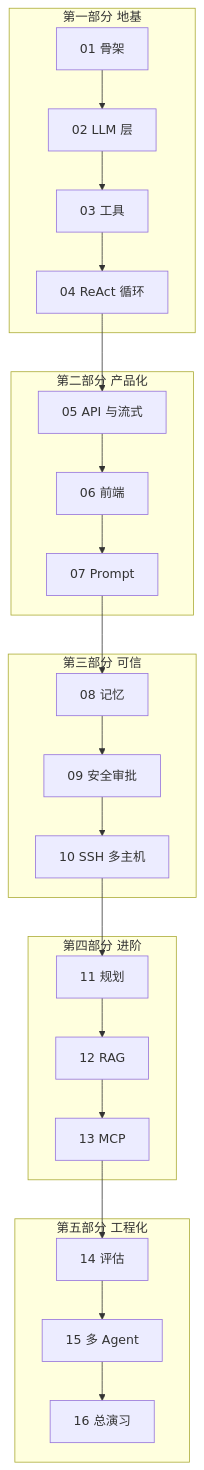
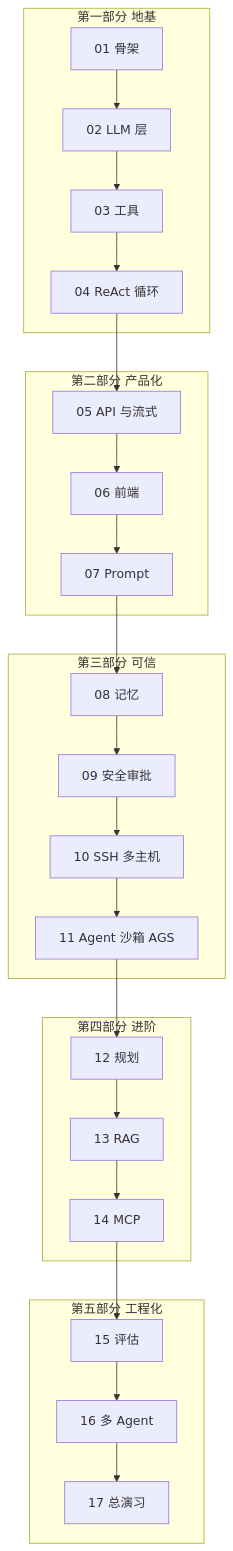
The diagram in docs/SYLLABUS.md (evaevable/server-agent), drawn with Mermaid before and after one commit. The commit also changed other lines of this file and 2 other files, not shown here.

First line of the commit message:
大纲新增第 11 章：Agent 沙箱（腾讯云 AGS）

````diff
--- a/docs/SYLLABUS.md
+++ b/docs/SYLLABUS.md
@@ -25,22 +25,22 @@
 ```mermaid
 flowchart TB
     subgraph P1["第一部分 地基"]
         C1["01 骨架"] --> C2["02 LLM 层"] --> C3["03 工具"] --> C4["04 ReAct 循环"]
     end
     subgraph P2["第二部分 产品化"]
         C5["05 API 与流式"] --> C6["06 前端"] --> C7["07 Prompt"]
     end
     subgraph P3["第三部分 可信"]
-        C8["08 记忆"] --> C9["09 安全审批"] --> C10["10 SSH 多主机"]
+        C8["08 记忆"] --> C9["09 安全审批"] --> C10["10 SSH 多主机"] --> C11["11 Agent 沙箱 AGS"]
     end
     subgraph P4["第四部分 进阶"]
-        C11["11 规划"] --> C12["12 RAG"] --> C13["13 MCP"]
+        C12["12 规划"] --> C13["13 RAG"] --> C14["14 MCP"]
     end
     subgraph P5["第五部分 工程化"]
-        C14["14 评估"] --> C15["15 多 Agent"] --> C16["16 总演习"]
+        C15["15 评估"] --> C16["16 多 Agent"] --> C17["17 总演习"]
     end
     C4 --> C5
     C7 --> C8
-    C10 --> C11
-    C13 --> C14
+    C11 --> C12
+    C14 --> C15
 ```
````
